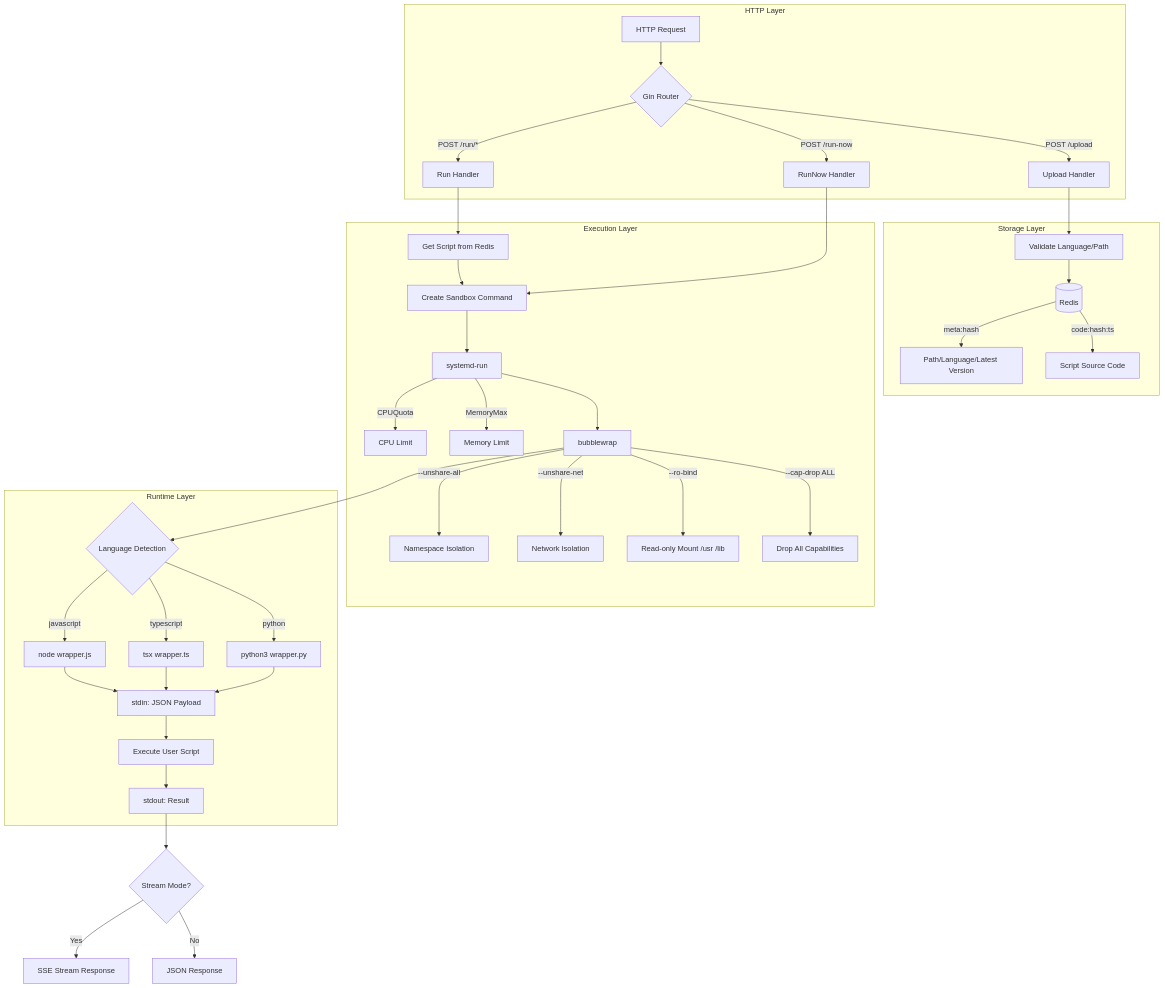
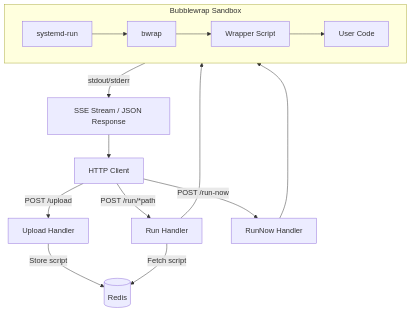
Before and after one commit to pardnchiu/go-faas: the diagram in README.md, drawn with Mermaid. The commit also changed other lines of this file and 6 other files, not shown here.

````diff
--- a/README.md
+++ b/README.md
@@ -37,49 +42,20 @@
 ```mermaid
-flowchart TD
-    subgraph HTTP["HTTP Layer"]
-        A[HTTP Request] --> B{Gin Router}
-        B -->|POST /upload| C[Upload Handler]
-        B -->|POST /run/*| D[Run Handler]
-        B -->|POST /run-now| E[RunNow Handler]
+graph TB
+    Client[HTTP Client] -->|POST /upload| Upload[Upload Handler]
+    Client -->|POST /run/*path| Run[Run Handler]
+    Client -->|POST /run-now| RunNow[RunNow Handler]
+
+    Upload -->|Store script| Redis[(Redis)]
+    Run -->|Fetch script| Redis
+    Run --> Sandbox
+    RunNow --> Sandbox
+
+    subgraph Sandbox[Bubblewrap Sandbox]
+        SystemdRun[systemd-run] --> Bwrap[bwrap]
+        Bwrap --> Wrapper[Wrapper Script]
+        Wrapper --> UserCode[User Code]
     end
 
-    subgraph Storage["Storage Layer"]
-        C --> F[Validate Language/Path]
-        F --> G[(Redis)]
-        G -->|meta:hash| H[Path/Language/Latest Version]
-        G -->|code:hash:ts| I[Script Source Code]
-    end
-
-    subgraph Execution["Execution Layer"]
-        D --> J[Get Script from Redis]
-        J --> K[Create Sandbox Command]
-        E --> K
-
-        K --> L[systemd-run]
-        L -->|CPUQuota| M[CPU Limit]
-        L -->|MemoryMax| N[Memory Limit]
-
-        L --> O[bubblewrap]
-        O -->|--unshare-all| P[Namespace Isolation]
-        O -->|--unshare-net| Q[Network Isolation]
-        O -->|--ro-bind| R[Read-only Mount /usr /lib]
-        O -->|--cap-drop ALL| S[Drop All Capabilities]
-    end
-
-    subgraph Runtime["Runtime Layer"]
-        O --> T{Language Detection}
-        T -->|javascript| U[node wrapper.js]
-        T -->|typescript| V[tsx wrapper.ts]
-        T -->|python| W[python3 wrapper.py]
-
-        U --> X[stdin: JSON Payload]
-        V --> X
-        W --> X
-        X --> Y[Execute User Script]
-        Y --> Z[stdout: Result]
-    end
-
-    Z --> AA{Stream Mode?}
-    AA -->|Yes| AB[SSE Stream Response]
-    AA -->|No| AC[JSON Response]
+    Sandbox -->|stdout/stderr| SSE[SSE Stream / JSON Response]
+    SSE --> Client
 ```
````
